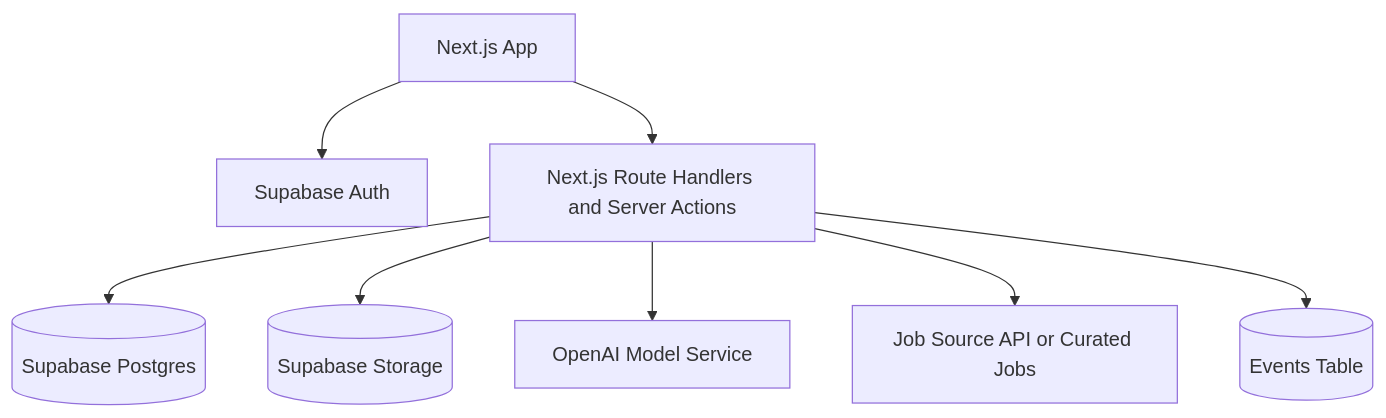
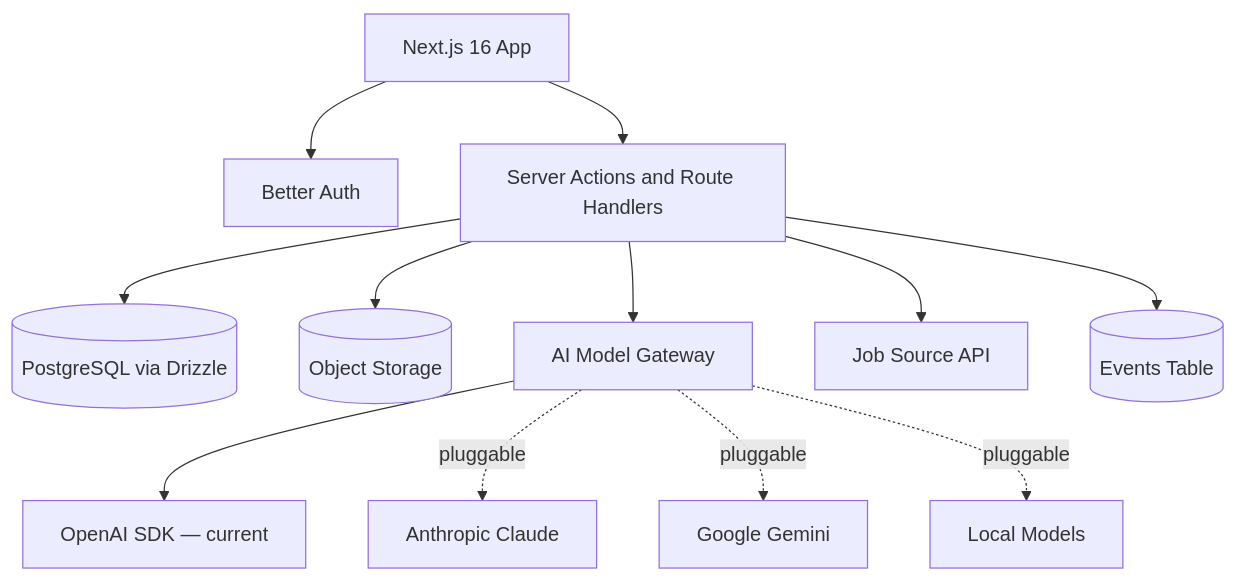
The diagram in docs/MVP_TECH_STACK.md (Mirzzie/Fadi), drawn with Mermaid before and after one commit. The commit also changed other lines of this file and 65 other files, not shown here.

First line of the commit message:
docs: update architecture docs for Better Auth, Kai, and data sources

````diff
--- a/docs/MVP_TECH_STACK.md
+++ b/docs/MVP_TECH_STACK.md
@@ -37,10 +51,14 @@
 ```mermaid
 flowchart TD
-    Web[Next.js App] --> Auth[Supabase Auth]
-    Web --> API[Next.js Route Handlers and Server Actions]
-    API --> DB[(Supabase Postgres)]
-    API --> Storage[(Supabase Storage)]
-    API --> AI[OpenAI Model Service]
-    API --> Jobs[Job Source API or Curated Jobs]
+    Web[Next.js 16 App] --> BetterAuth[Better Auth]
+    Web --> API[Server Actions and Route Handlers]
+    API --> DB[(PostgreSQL via Drizzle)]
+    API --> Storage[(Object Storage)]
+    API --> Gateway[AI Model Gateway]
+    Gateway --> OpenAI[OpenAI SDK — current]
+    Gateway -. pluggable .-> Claude[Anthropic Claude]
+    Gateway -. pluggable .-> Gemini[Google Gemini]
+    Gateway -. pluggable .-> Local[Local Models]
+    API --> Jobs[Job Source API]
     API --> Events[(Events Table)]
 ```
````
